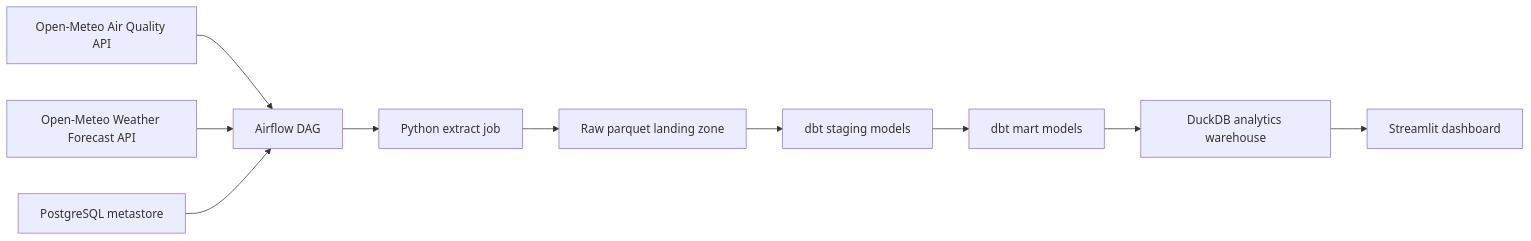
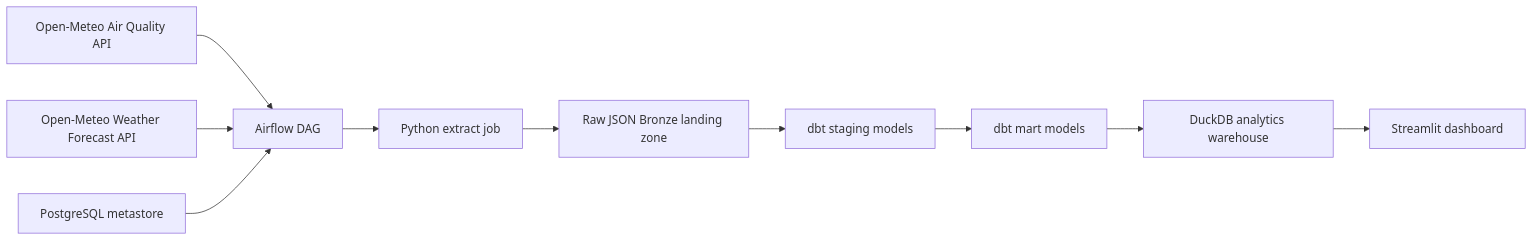
One commit to potangpa-sudo/bangkok-aqi-pipeline changed the diagram in README.md. Above: the diagram before and after it, drawn with Mermaid. The commit also changed other lines of this file and 16 other files, not shown here.

````diff
--- a/README.md
+++ b/README.md
@@ -11,12 +11,12 @@
 ```mermaid
 flowchart LR
     A["Open-Meteo Air Quality API"] --> B["Airflow DAG"]
     A2["Open-Meteo Weather Forecast API"] --> B
     B --> C["Python extract job"]
-    C --> D["Raw parquet landing zone"]
+    C --> D["Raw JSON Bronze landing zone"]
     D --> E["dbt staging models"]
     E --> F["dbt mart models"]
     F --> G["DuckDB analytics warehouse"]
     G --> H["Streamlit dashboard"]
     I["PostgreSQL metastore"] --> B
 ```
````
